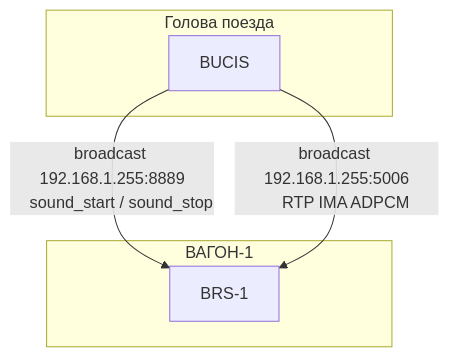
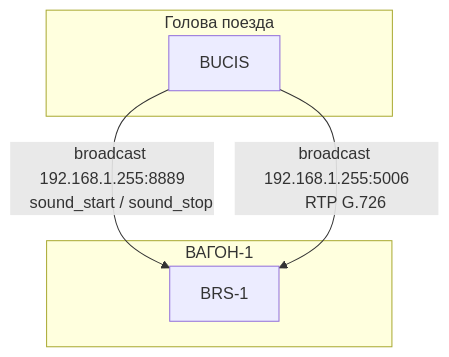
One commit to n-korel/bucis_audio changed the first of 2 diagrams in README.md. Above: the diagram before and after it, drawn with Mermaid. The commit also changed other lines of this file and 5 other files, not shown here.

````diff
--- a/README.md
+++ b/README.md
@@ -30,20 +30,20 @@
 ```mermaid
 graph TB
     subgraph Central["Голова поезда"]
         BUCIS[BUCIS]
     end
 
     subgraph Receivers1["ВАГОН-1"]
         BRS1[BRS-1]
     end
 
 
 
     BUCIS -->|"broadcast 192.168.1.255:8889
     sound_start / sound_stop"| BRS1
 
 
     BUCIS -->|"broadcast 192.168.1.255:5006
-    RTP IMA ADPCM"| BRS1
+    RTP G.726"| BRS1
 
 ```
````
